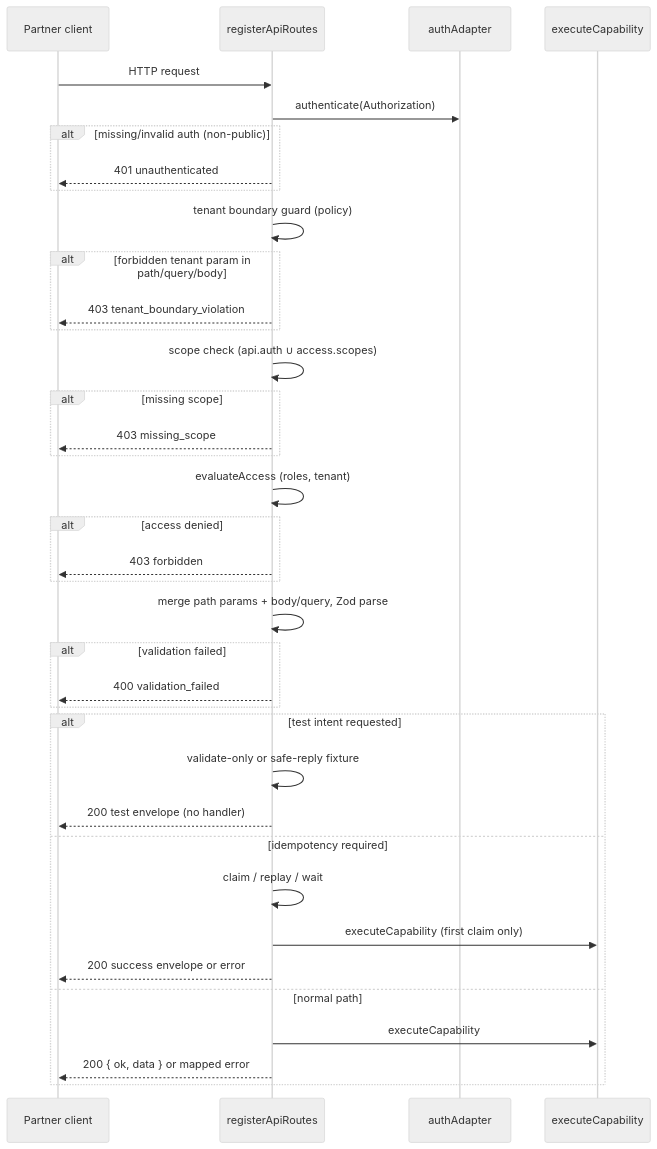
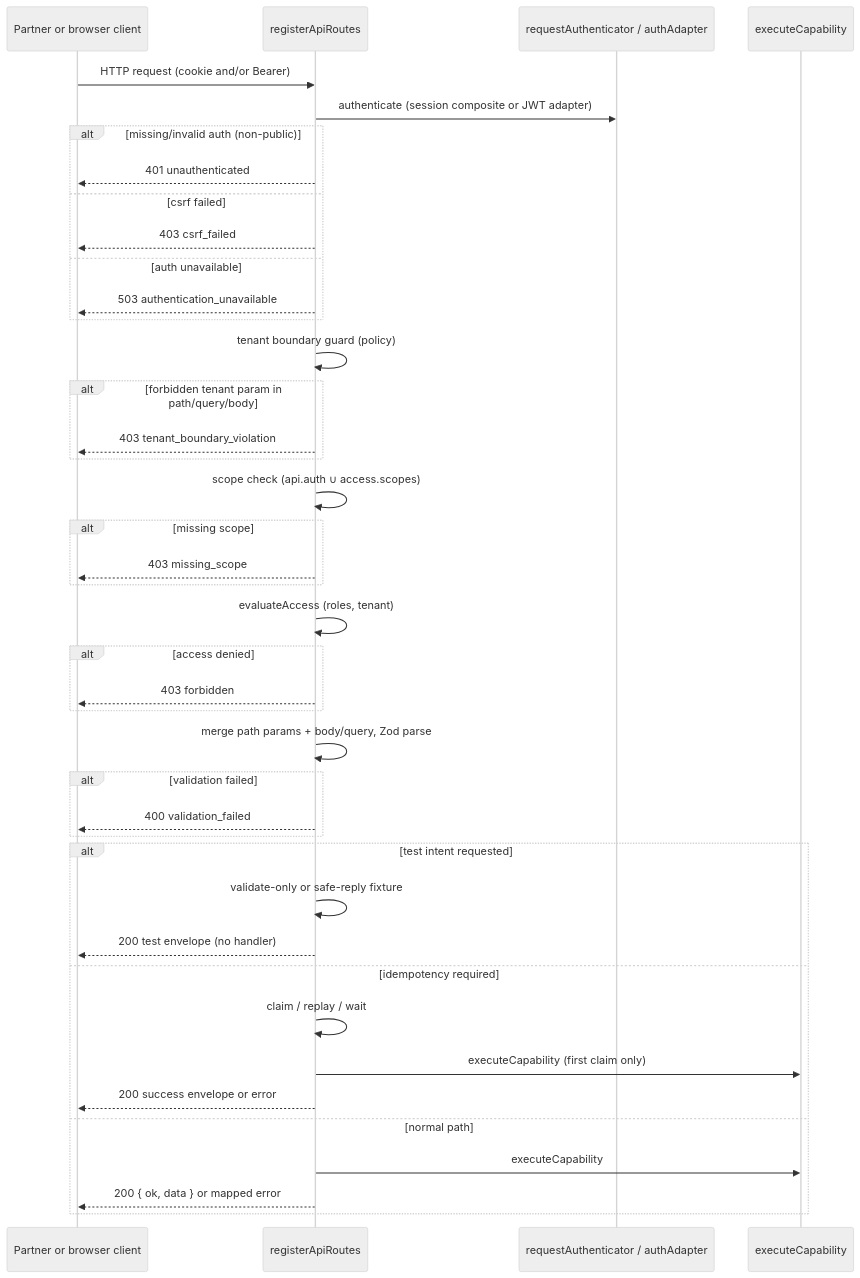
Before and after one commit to plumbus-framework/plumbus: the second of 2 diagrams in docs/api/overview.md, drawn with Mermaid (neutral theme). The commit also changed other lines of this file and 25 other files, not shown here.

First line of the commit message:
fix(api): honor session auth on partner routes via requestAuthenticator

````diff
--- a/docs/api/overview.md
+++ b/docs/api/overview.md
@@ -174,40 +174,44 @@
 ```mermaid
 sequenceDiagram
-  participant C as Partner client
+  participant C as Partner or browser client
   participant R as registerApiRoutes
-  participant A as authAdapter
+  participant A as requestAuthenticator / authAdapter
   participant E as executeCapability
 
-  C->>R: HTTP request
-  R->>A: authenticate(Authorization)
+  C->>R: HTTP request (cookie and/or Bearer)
+  R->>A: authenticate (session composite or JWT adapter)
   alt missing/invalid auth (non-public)
     R-->>C: 401 unauthenticated
+  else csrf failed
+    R-->>C: 403 csrf_failed
+  else auth unavailable
+    R-->>C: 503 authentication_unavailable
   end
   R->>R: tenant boundary guard (policy)
   alt forbidden tenant param in path/query/body
     R-->>C: 403 tenant_boundary_violation
   end
   R->>R: scope check (api.auth ∪ access.scopes)
   alt missing scope
     R-->>C: 403 missing_scope
   end
   R->>R: evaluateAccess (roles, tenant)
   alt access denied
     R-->>C: 403 forbidden
   end
   R->>R: merge path params + body/query, Zod parse
   alt validation failed
     R-->>C: 400 validation_failed
   end
   alt test intent requested
     R->>R: validate-only or safe-reply fixture
     R-->>C: 200 test envelope (no handler)
   else idempotency required
     R->>R: claim / replay / wait
     R->>E: executeCapability (first claim only)
     R-->>C: 200 success envelope or error
   else normal path
     R->>E: executeCapability
     R-->>C: 200 { ok, data } or mapped error
   end
 ```
````
